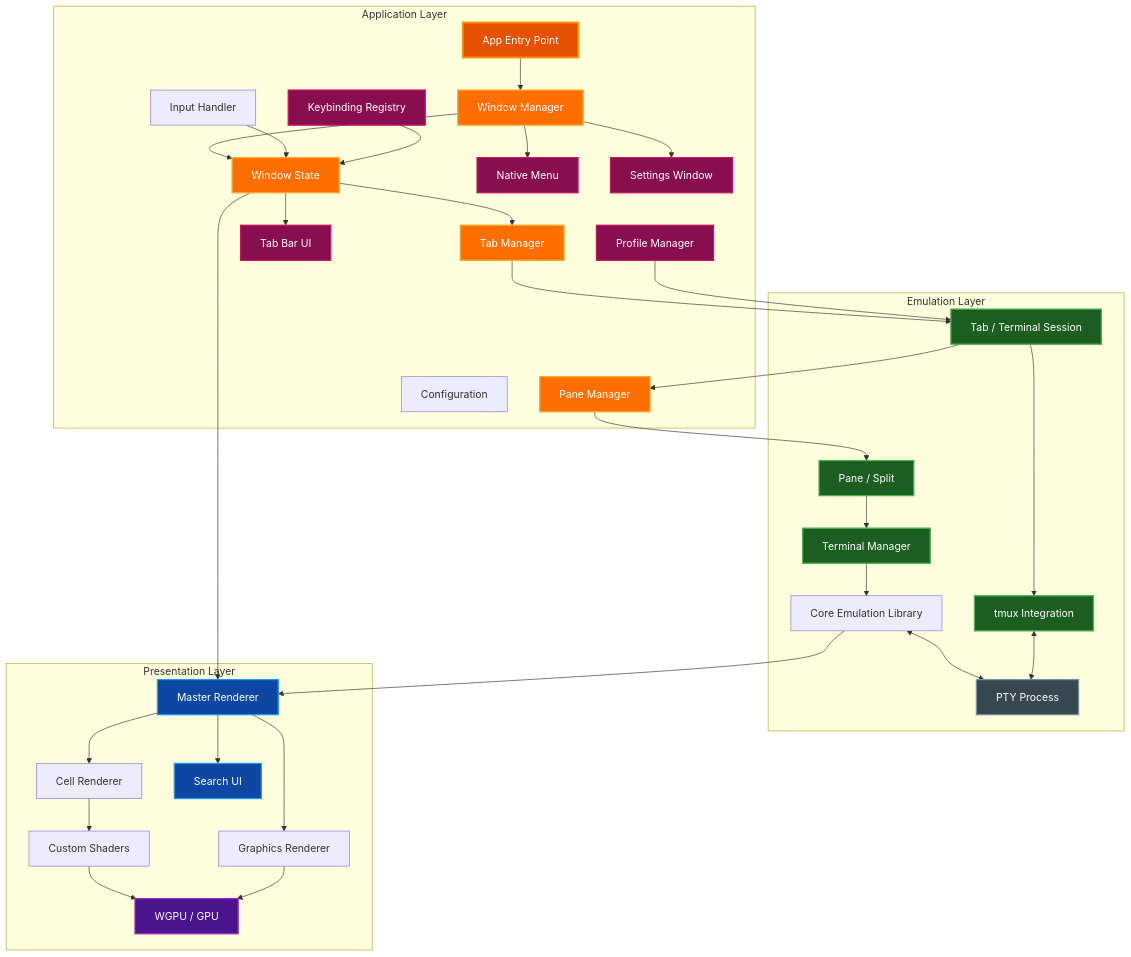
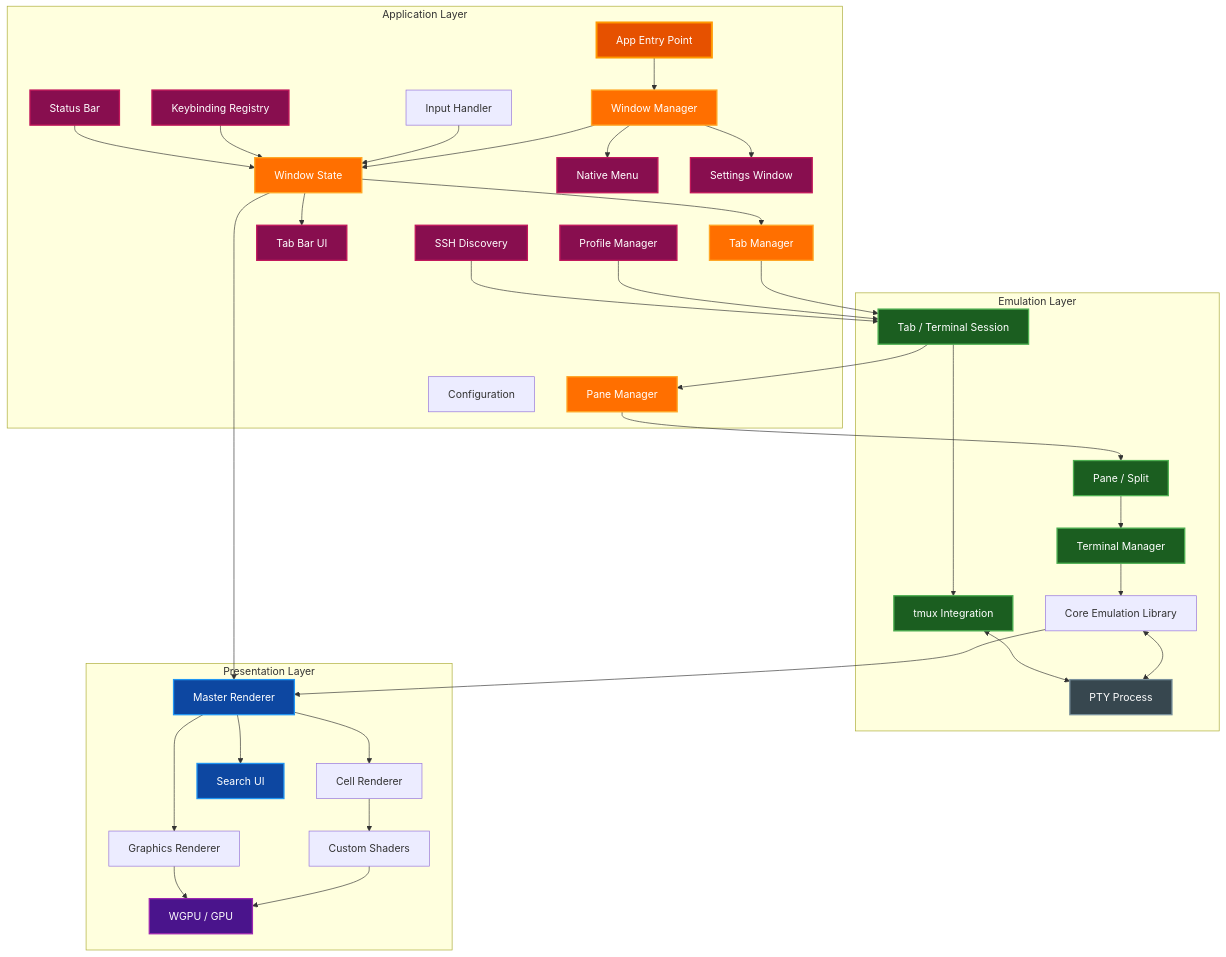
One commit to paulrobello/par-term changed the first of 2 diagrams in docs/ARCHITECTURE.md. Above: the diagram before and after it, drawn with Mermaid. The commit also changed other lines of this file and 18 other files, not shown here.

```diff
--- a/docs/ARCHITECTURE.md
+++ b/docs/ARCHITECTURE.md
@@ -46,6 +46,8 @@
         Config[Configuration]
         SettingsWin[Settings Window]
         Profile[Profile Manager]
+        SSH[SSH Discovery]
+        StatusBar[Status Bar]
     end
 
     subgraph "Emulation Layer"
@@ -80,6 +82,8 @@
     Pane --> TM
     Tab --> Tmux
     Profile --> Tab
+    SSH --> Tab
+    StatusBar --> WS
     WS --> Renderer
     TM --> Core
     Core <--> PTY
@@ -102,6 +106,8 @@
     style Keybind fill:#880e4f,stroke:#c2185b,stroke-width:2px,color:#ffffff
     style SettingsWin fill:#880e4f,stroke:#c2185b,stroke-width:2px,color:#ffffff
     style Profile fill:#880e4f,stroke:#c2185b,stroke-width:2px,color:#ffffff
+    style SSH fill:#880e4f,stroke:#c2185b,stroke-width:2px,color:#ffffff
+    style StatusBar fill:#880e4f,stroke:#c2185b,stroke-width:2px,color:#ffffff
     style Tab fill:#1b5e20,stroke:#4caf50,stroke-width:2px,color:#ffffff
     style Pane fill:#1b5e20,stroke:#4caf50,stroke-width:2px,color:#ffffff
     style TM fill:#1b5e20,stroke:#4caf50,stroke-width:2px,color:#ffffff
```
